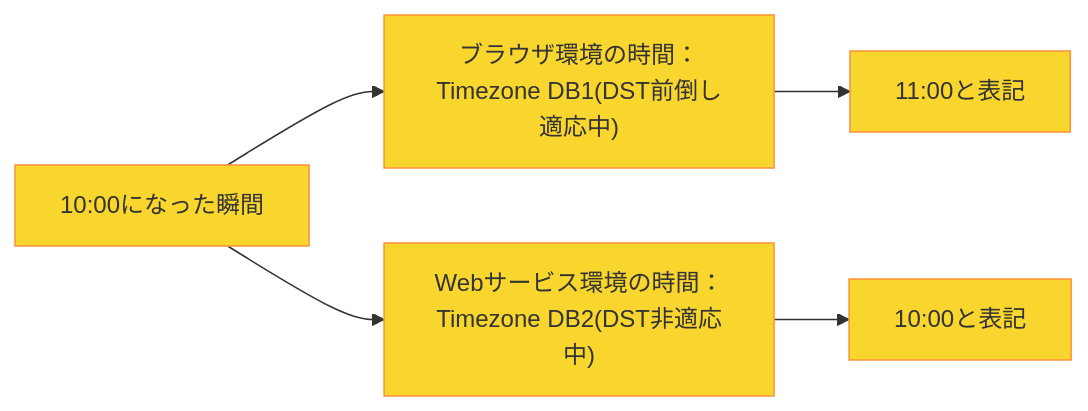
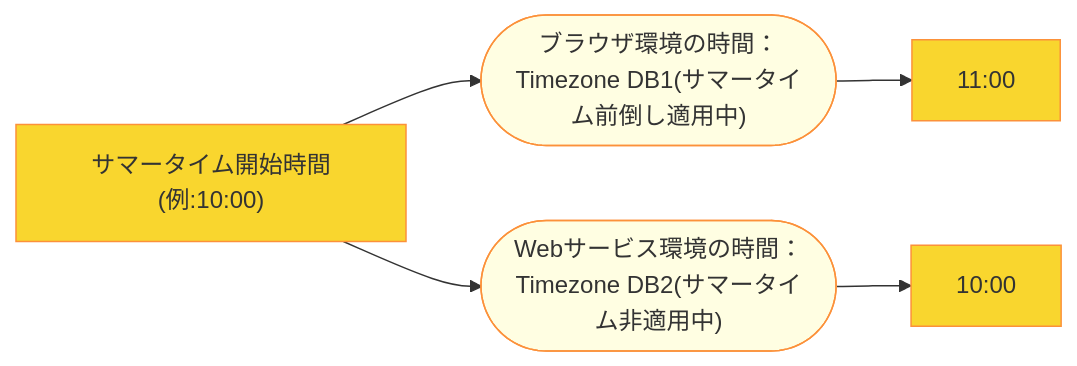
Before and after one commit to proteinmochi/zenn: the seventh of 9 diagrams in articles/blog_fes_2024_dst_basics.md, drawn with Mermaid. The commit also changed other lines of this file, not shown here.

````diff
--- a/articles/blog_fes_2024_dst_basics.md
+++ b/articles/blog_fes_2024_dst_basics.md
@@ -91,6 +147,10 @@
 ```mermaid
 graph LR
-   id1["10:00になった瞬間"] --> id2["ブラウザ環境の時間：Timezone DB1(DST前倒し適応中)"] --> id4[11:00と表記]
-   id1 --> id3["Webサービス環境の時間：Timezone DB2(DST非適応中)"] --> id5[10:00と表記]
-   classDef default fill:#f9d62e, stroke:#fc913a
+   id1["サマータイム開始時間(例:10:00)"] --> id2(["ブラウザ環境の時間：Timezone DB1(サマータイム前倒し適用中)"]) --> id4[11:00]
+   id1 --> id3(["Webサービス環境の時間：Timezone DB2(サマータイム非適用中)"]) --> id5[10:00]
+   style id1 fill:#f9d62e, stroke:#fc913a
+   style id2 fill:#FFFEE2, stroke:#fc913a
+   style id3 fill:#FFFEE2, stroke:#fc913a
+   style id4 fill:#f9d62e, stroke:#fc913a
+   style id5 fill:#f9d62e, stroke:#fc913a
 ```
````
